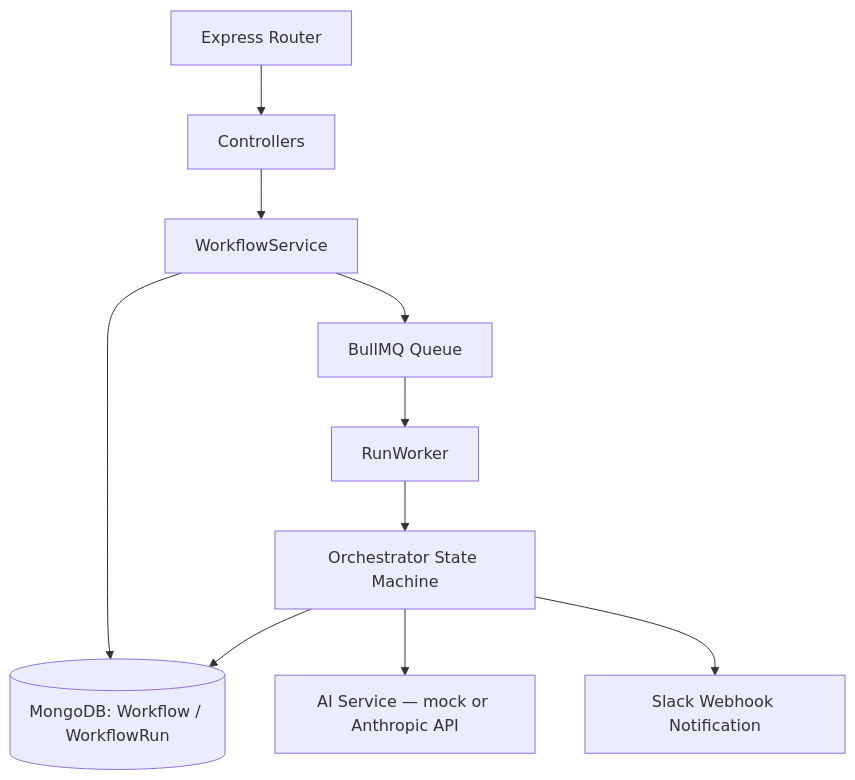
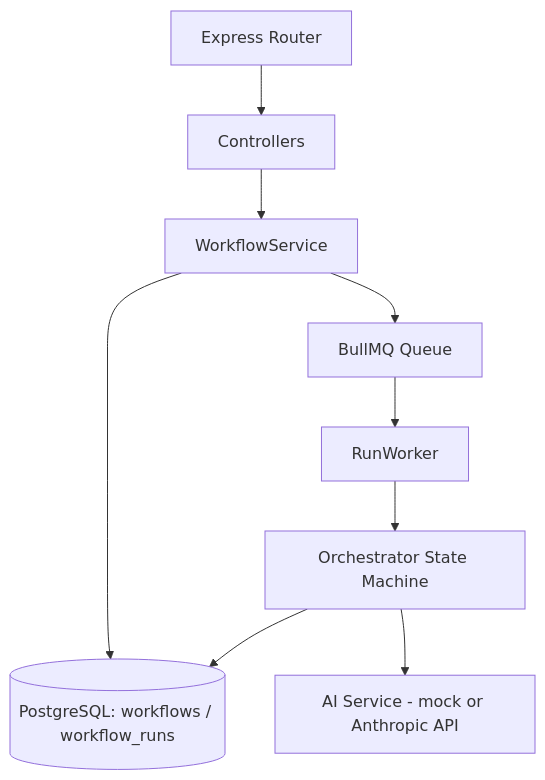
The diagram in backend/README.md (mohammed-dev-stack/ai-workflow-orchestrator), drawn with Mermaid before and after one commit. The commit also changed other lines of this file, not shown here.

````diff
--- a/backend/README.md
+++ b/backend/README.md
@@ -46,12 +42,11 @@
 ```mermaid
 graph TD
     A[Express Router] --> B[Controllers]
     B --> C[WorkflowService]
-    C --> D[(MongoDB: Workflow / WorkflowRun)]
+    C --> D[(PostgreSQL: workflows / workflow_runs)]
     C --> E[BullMQ Queue]
     E --> F[RunWorker]
     F --> G[Orchestrator State Machine]
     G --> D
-    G --> H[AI Service — mock or Anthropic API]
-    G --> I[Slack Webhook Notification]
+    G --> H[AI Service - mock or Anthropic API]
 ```
````
